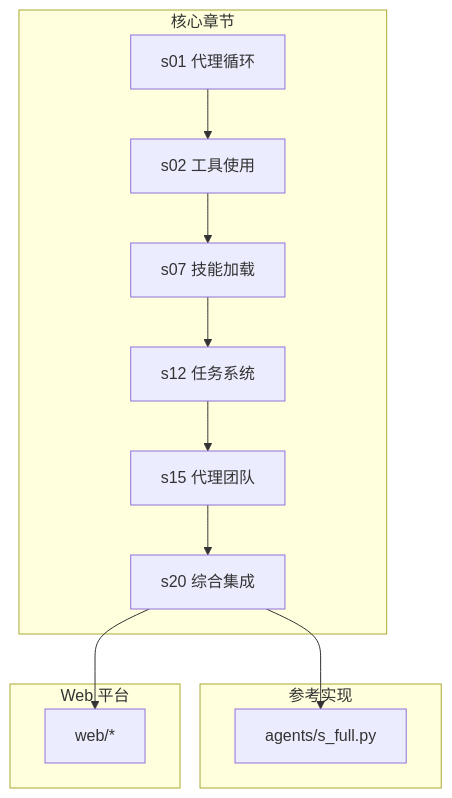
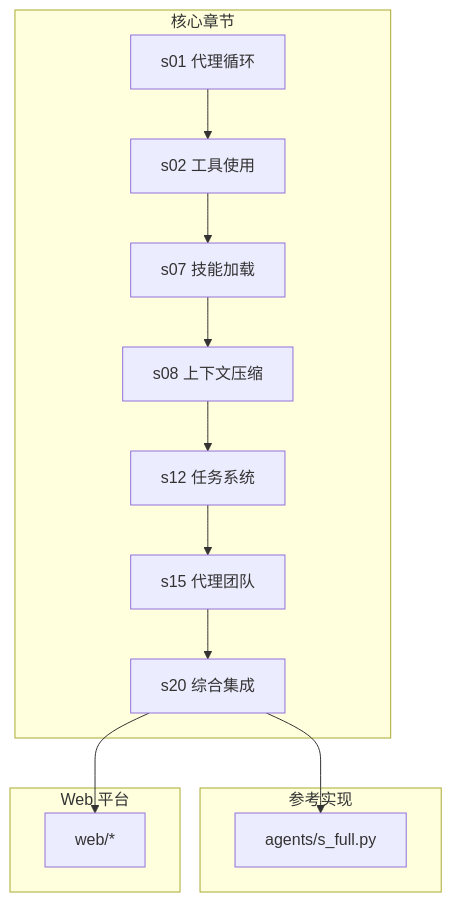
One commit to haolange/learn-claude-code changed the first of 11 diagrams in .qoder/repowiki/zh/content/团队协作系统/综合集成.md. Above: the diagram before and after it, drawn with Mermaid. The commit also changed other lines of this file and 6 other files, not shown here.

````diff
--- a/.qoder/repowiki/zh/content/团队协作系统/综合集成.md
+++ b/.qoder/repowiki/zh/content/团队协作系统/综合集成.md
@@ -52,20 +63,21 @@
 ```mermaid
 graph TB
 subgraph "核心章节"
 S01["s01 代理循环"]
 S02["s02 工具使用"]
 S07["s07 技能加载"]
+S08["s08 上下文压缩"]
 S12["s12 任务系统"]
 S15["s15 代理团队"]
 S20["s20 综合集成"]
 end
 subgraph "参考实现"
 SFULL["agents/s_full.py"]
 end
 subgraph "Web 平台"
 WEB["web/*"]
 end
-S01 --> S02 --> S07 --> S12 --> S15 --> S20
+S01 --> S02 --> S07 --> S08 --> S12 --> S15 --> S20
 S20 --> SFULL
 S20 --> WEB
 ```
````
